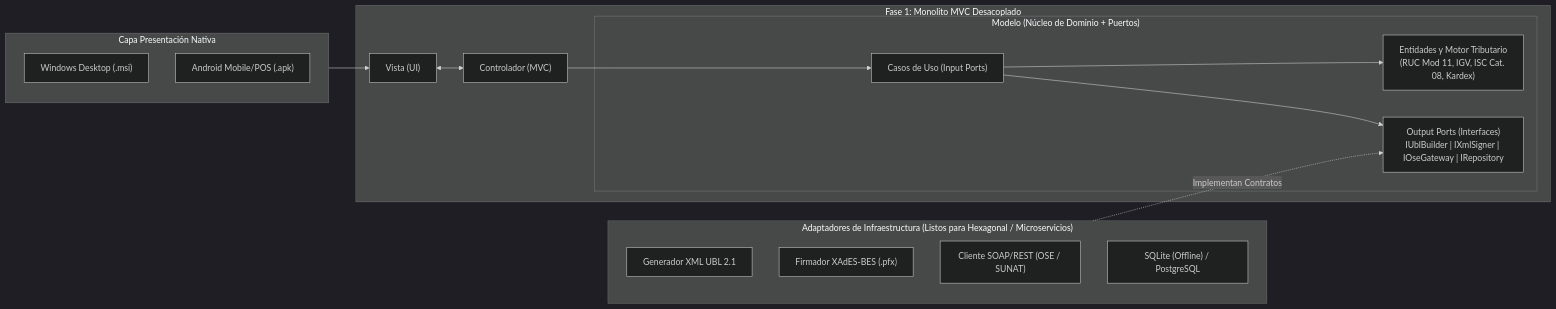
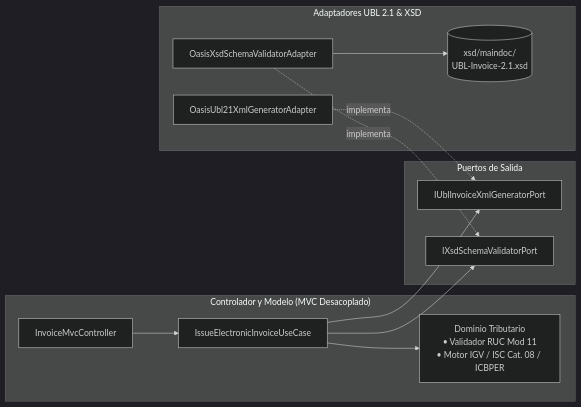
The diagram in README.md (ComoCuandoQue/Estrada_Irazabal_Rolando_Victor_Arquitecura_De_Software), drawn with Mermaid (dark theme) before and after one commit. The commit also changed other lines of this file and 43 other files, not shown here.

Commit message:
feat(ubl21): add comprehensive case analysis, OASIS UBL-Invoice-2.1.xsd schemas, and XML generator/validator engine

````diff
--- a/README.md
+++ b/README.md
@@ -48,31 +49,27 @@
 ```mermaid
 flowchart LR
-    subgraph Presentacion["Capa Presentación Nativa"]
-        WIN["Windows Desktop (.msi)"]
-        AND["Android Mobile/POS (.apk)"]
+    subgraph MVC_Layer["Controlador y Modelo (MVC Desacoplado)"]
+        CTRL["InvoiceMvcController"]
+        UC["IssueElectronicInvoiceUseCase"]
+        DOM["Dominio Tributario\n• Validador RUC Mod 11\n• Motor IGV / ISC Cat. 08 / ICBPER"]
     end
 
-    subgraph MVC["Fase 1: Monolito MVC Desacoplado"]
-        V["Vista (UI)"]
-        C["Controlador (MVC)"]
-        subgraph M["Modelo (Núcleo de Dominio + Puertos)"]
-            UC["Casos de Uso (Input Ports)"]
-            DOM["Entidades y Motor Tributario\n(RUC Mod 11, IGV, ISC Cat. 08, Kardex)"]
-            PORTS["Output Ports (Interfaces)\nIUblBuilder | IXmlSigner | IOseGateway | IRepository"]
-        end
+    subgraph Ports["Puertos de Salida"]
+        P_GEN["IUblInvoiceXmlGeneratorPort"]
+        P_VAL["IXsdSchemaValidatorPort"]
     end
 
-    subgraph Adaptadores["Adaptadores de Infraestructura (Listos para Hexagonal / Microservicios)"]
-        UBL["Generador XML UBL 2.1"]
-        SIGN["Firmador XAdES-BES (.pfx)"]
-        OSE["Cliente SOAP/REST (OSE / SUNAT)"]
-        DB["SQLite (Offline) / PostgreSQL"]
+    subgraph Adapters["Adaptadores UBL 2.1 & XSD"]
+        GEN["OasisUbl21XmlGeneratorAdapter"]
+        VAL["OasisXsdSchemaValidatorAdapter"]
+        XSD[("xsd/maindoc/\nUBL-Invoice-2.1.xsd")]
     end
 
-    Presentacion --> V
-    V <--> C
-    C --> UC
+    CTRL --> UC
     UC --> DOM
-    UC --> PORTS
-    Adaptadores -. "Implementan Contratos" .-> PORTS
+    UC --> P_GEN
+    UC --> P_VAL
+    GEN -. "implementa" .-> P_GEN
+    VAL -. "implementa" .-> P_VAL
+    VAL --> XSD
 ```
````
